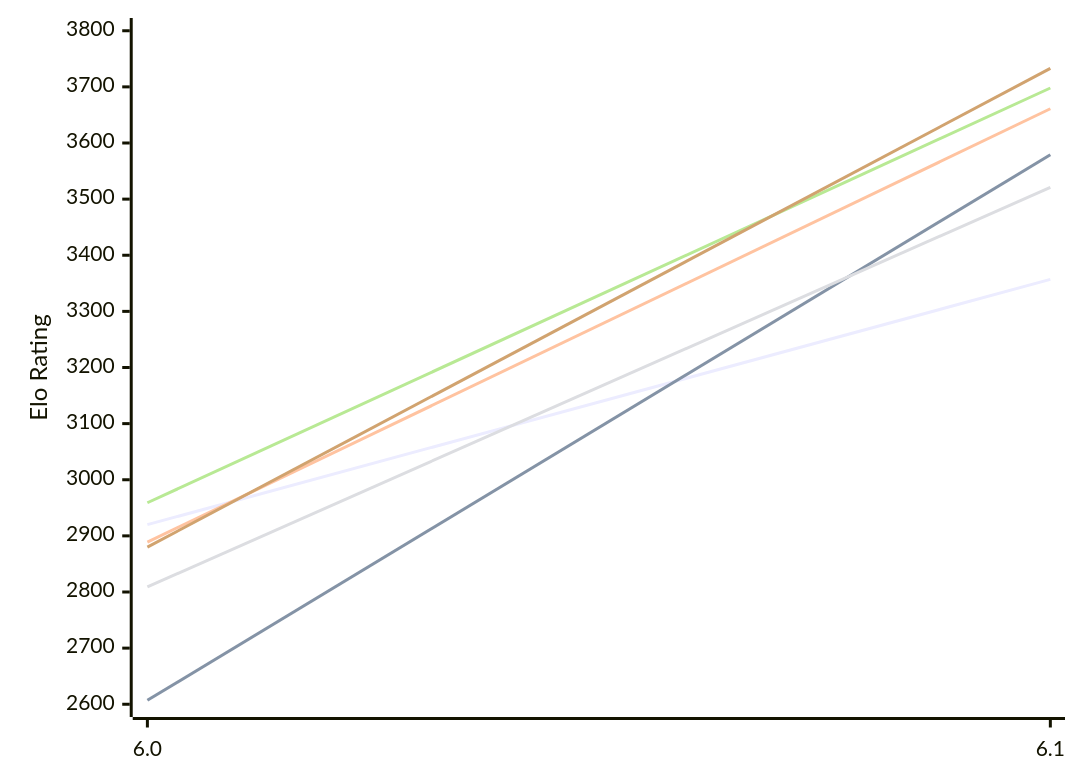
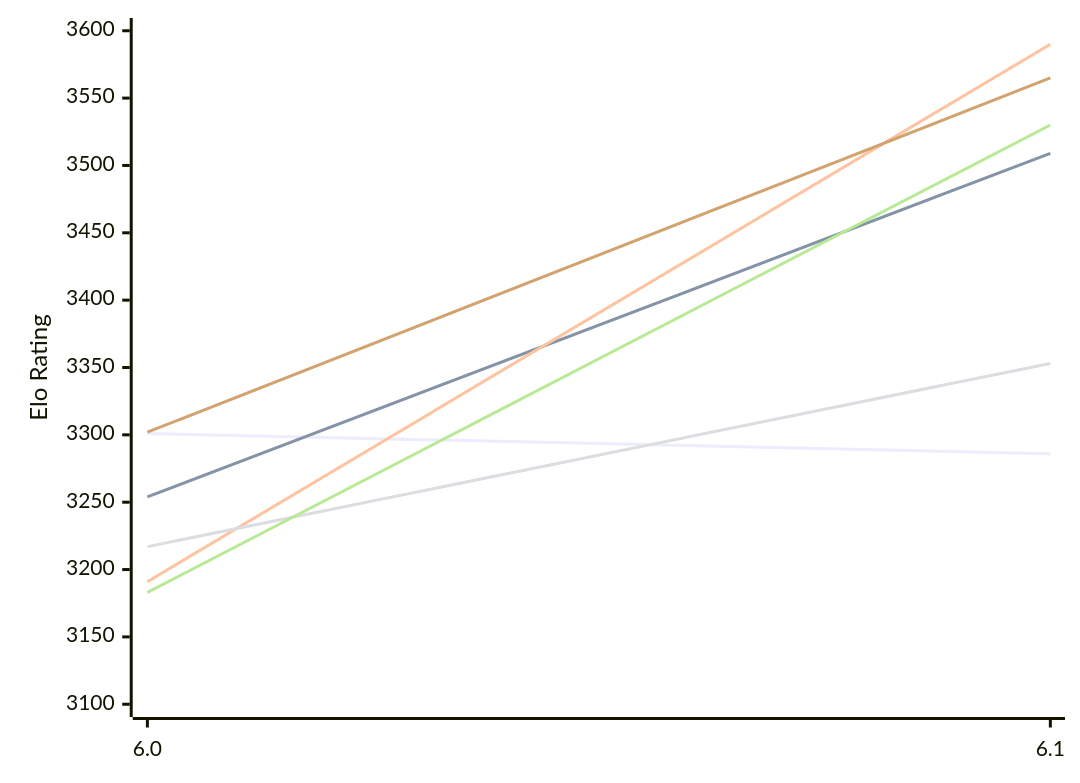
One commit to computer-chess-index/cci changed the first of 2 diagrams in engines/Starzix.md. Above: the diagram before and after it, drawn with Mermaid. The commit also changed other lines of this file, not shown here.

Commit message:
Update CCI Ratings (ELO VLTC) - 2026-11-13

````diff
--- a/engines/Starzix.md
+++ b/engines/Starzix.md
@@ -51,12 +51,12 @@
 ```mermaid
 %%{init: {"theme":"base","themeVariables":{"seriesColors:['#a3a3a3','#222221','#faa371']}}}%%
 xychart-beta
   x-axis ["6.0", "6.1"]
-  y-axis "Elo Rating" 2600 --> 3800
-  line "E1: STC (8.0+0.08s)" [2920, 3357]
-  line "E1: LTC (60.0+0.60s)" [2607, 3579]
-  line "E1: VLTC (2m24s+1.12s)" [2889, 3661]
-  line "P1: STC (8.0+0.08s)" [2809, 3521]
-  line "P1: LTC (60.0+0.60s)" [2959, 3698]
-  line "P1: VLTC (2m24s+1.12s)" [2880, 3733]
+  y-axis "Elo Rating" 3100 --> 3600
+  line "E1: STC (8.0+0.08s)" [3301, 3286]
+  line "E1: LTC (60.0+0.60s)" [3254, 3509]
+  line "E1: VLTC (2m24s+1.12s)" [3191, 3590]
+  line "P1: STC (8.0+0.08s)" [3217, 3353]
+  line "P1: LTC (60.0+0.60s)" [3183, 3530]
+  line "P1: VLTC (2m24s+1.12s)" [3302, 3565]
 ```
````
